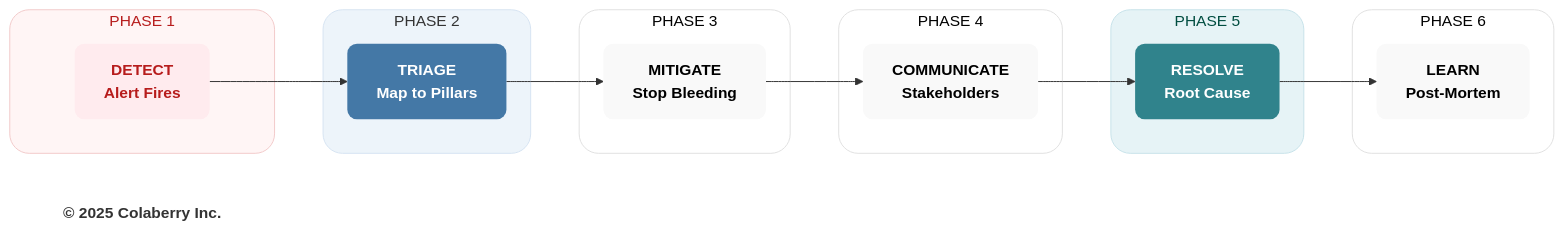
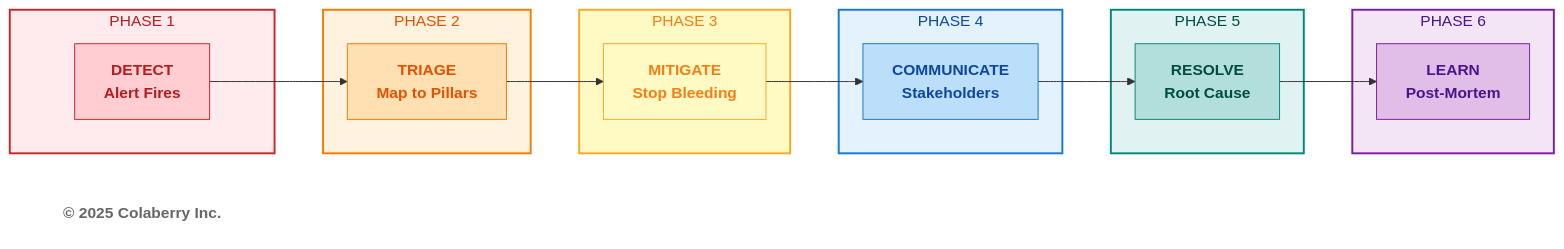
The fourth of 6 diagrams in manuscript/13_chapter_12_running_agents_at_scale.md (saitejesh-cyber/trust-before-intelligence-book), drawn with Mermaid before and after one commit. The commit also changed other lines of this file and 12 other files, not shown here.

Commit message:
Restore legacy Mermaid styles for Option 1

````diff
--- a/manuscript/13_chapter_12_running_agents_at_scale.md
+++ b/manuscript/13_chapter_12_running_agents_at_scale.md
@@ -678,44 +678,44 @@
 ```mermaid
 graph LR
     subgraph P1["PHASE 1"]
         D["<b>DETECT</b><br/><b>Alert Fires</b>"]
     end
     
     subgraph P2["PHASE 2"]
         T["<b>TRIAGE</b><br/><b>Map to Pillars</b>"]
     end
     
     subgraph P3["PHASE 3"]
         M["<b>MITIGATE</b><br/><b>Stop Bleeding</b>"]
     end
     
     subgraph P4["PHASE 4"]
         C["<b>COMMUNICATE</b><br/><b>Stakeholders</b>"]
     end
     
     subgraph P5["PHASE 5"]
         R["<b>RESOLVE</b><br/><b>Root Cause</b>"]
     end
     
     subgraph P6["PHASE 6"]
         L["<b>LEARN</b><br/><b>Post-Mortem</b>"]
     end
     
     D --> T --> M --> C --> R --> L
     
     Copyright["<b>© 2025 Colaberry Inc.</b>"]
     
-    style P1 fill:#fff5f5,stroke:#f2caca,stroke-width:1px,color:#b71c1c,rx:20,ry:20
-    style P2 fill:#edf4fa,stroke:#d6e4f2,stroke-width:1px,color:#333333,rx:20,ry:20
-    style P3 fill:#ffffff,stroke:#e0e0e0,stroke-width:1px,color:#000000,rx:20,ry:20
-    style P4 fill:#ffffff,stroke:#e0e0e0,stroke-width:1px,color:#000000,rx:20,ry:20
-    style P5 fill:#e6f3f6,stroke:#c7e3ea,stroke-width:1px,color:#004d40,rx:20,ry:20
-    style P6 fill:#ffffff,stroke:#e0e0e0,stroke-width:1px,color:#000000,rx:20,ry:20
-    style D fill:#ffebee,stroke:none,color:#b71c1c,rx:10,ry:10
-    style T fill:#4478A6,stroke:none,color:#ffffff,rx:10,ry:10
-    style M fill:#f9f9f9,stroke:none,color:#000000,rx:10,ry:10
-    style C fill:#f9f9f9,stroke:none,color:#000000,rx:10,ry:10
-    style R fill:#30838C,stroke:none,color:#ffffff,rx:10,ry:10
-    style L fill:#f9f9f9,stroke:none,color:#000000,rx:10,ry:10
-    style Copyright fill:none,stroke:none,color:#333333
+    style P1 fill:#ffebee,stroke:#c62828,stroke-width:2px,color:#b71c1c
+    style P2 fill:#fff3e0,stroke:#f57c00,stroke-width:2px,color:#e65100
+    style P3 fill:#fff9c4,stroke:#f9a825,stroke-width:2px,color:#f57f17
+    style P4 fill:#e3f2fd,stroke:#1976d2,stroke-width:2px,color:#0d47a1
+    style P5 fill:#e0f2f1,stroke:#00897b,stroke-width:2px,color:#004d40
+    style P6 fill:#f3e5f5,stroke:#7b1fa2,stroke-width:2px,color:#4a148c
+    style D fill:#ffcdd2,stroke:#c62828,color:#b71c1c
+    style T fill:#ffe0b2,stroke:#f57c00,color:#e65100
+    style M fill:#fff9c4,stroke:#f9a825,color:#f57f17
+    style C fill:#bbdefb,stroke:#1976d2,color:#0d47a1
+    style R fill:#b2dfdb,stroke:#00897b,color:#004d40
+    style L fill:#e1bee7,stroke:#7b1fa2,color:#4a148c
+    style Copyright fill:#ffffff,stroke:none,color:#666666
 ```
````
